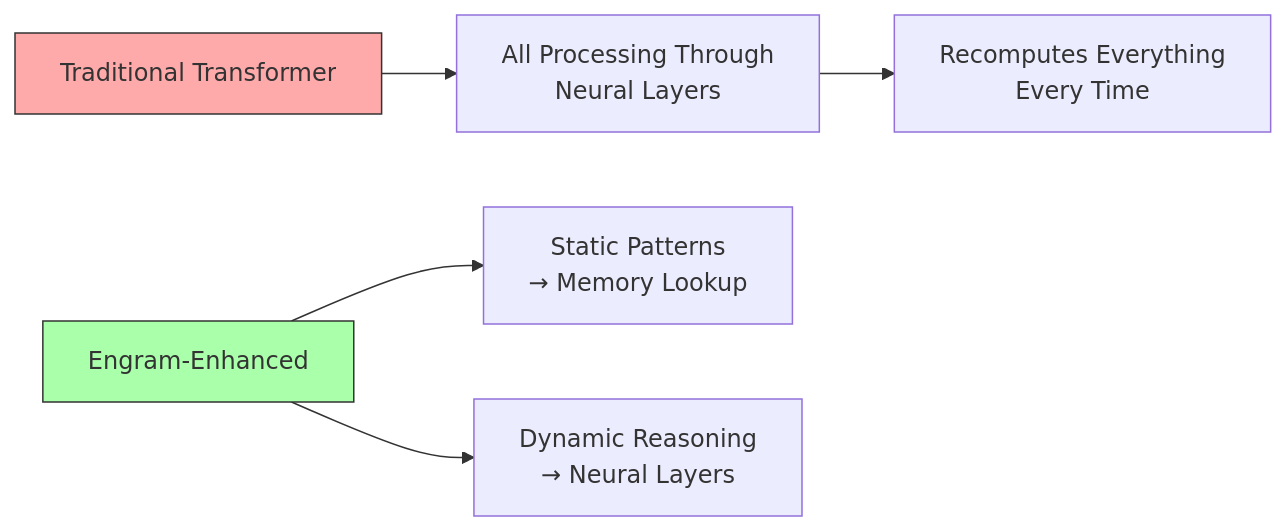
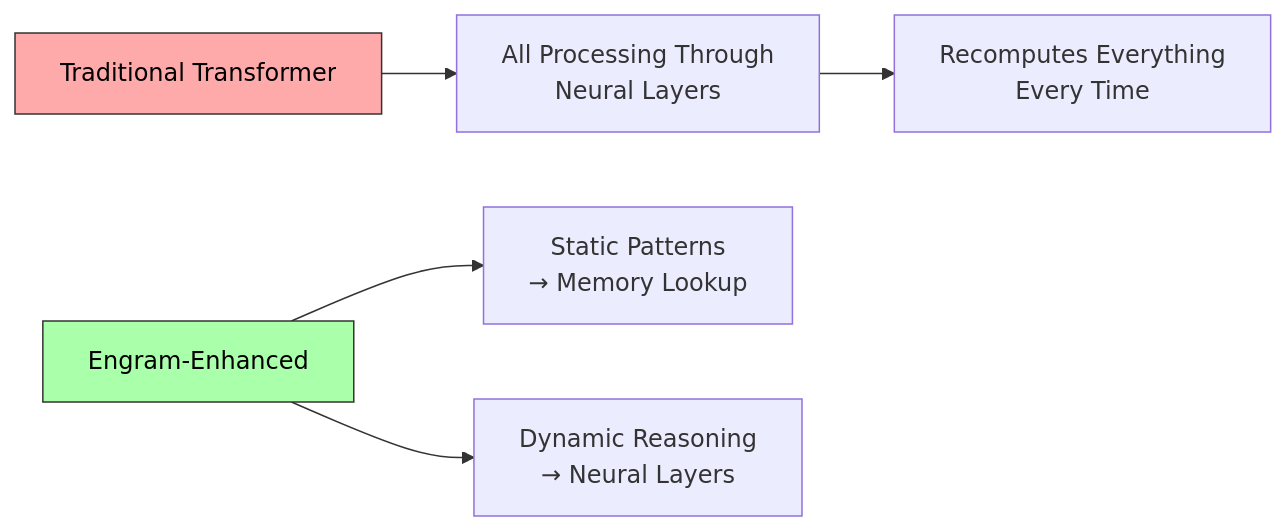
Before and after one commit to rsrini7/Learnings: the second of 22 diagrams in Papers/Deepseek-Engram.md, drawn with Mermaid. The commit also changed other lines of this file, not shown here.

Commit message:
mermaid diagram text color updated

````diff
--- a/Papers/Deepseek-Engram.md
+++ b/Papers/Deepseek-Engram.md
@@ -223,11 +222,11 @@
 ```mermaid
 graph LR
     A[Traditional Transformer] --> B[All Processing Through<br/>Neural Layers]
     B --> C[Recomputes Everything<br/>Every Time]
     
     D[Engram-Enhanced] --> E[Static Patterns<br/>→ Memory Lookup]
     D --> F[Dynamic Reasoning<br/>→ Neural Layers]
     
-    style A fill:#faa,stroke:#333
-    style D fill:#afa,stroke:#333
+    style A fill:#faa,stroke:#333,color:#000
+    style D fill:#afa,stroke:#333,color:#000
 ```
````
